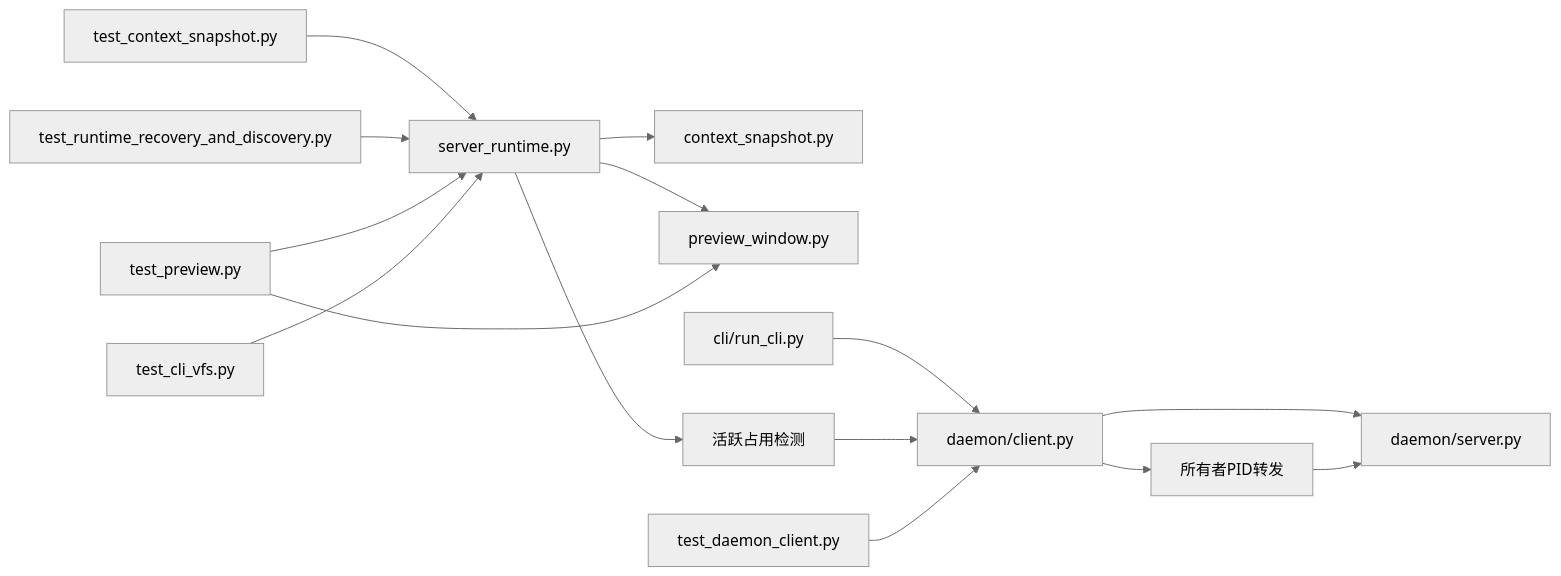
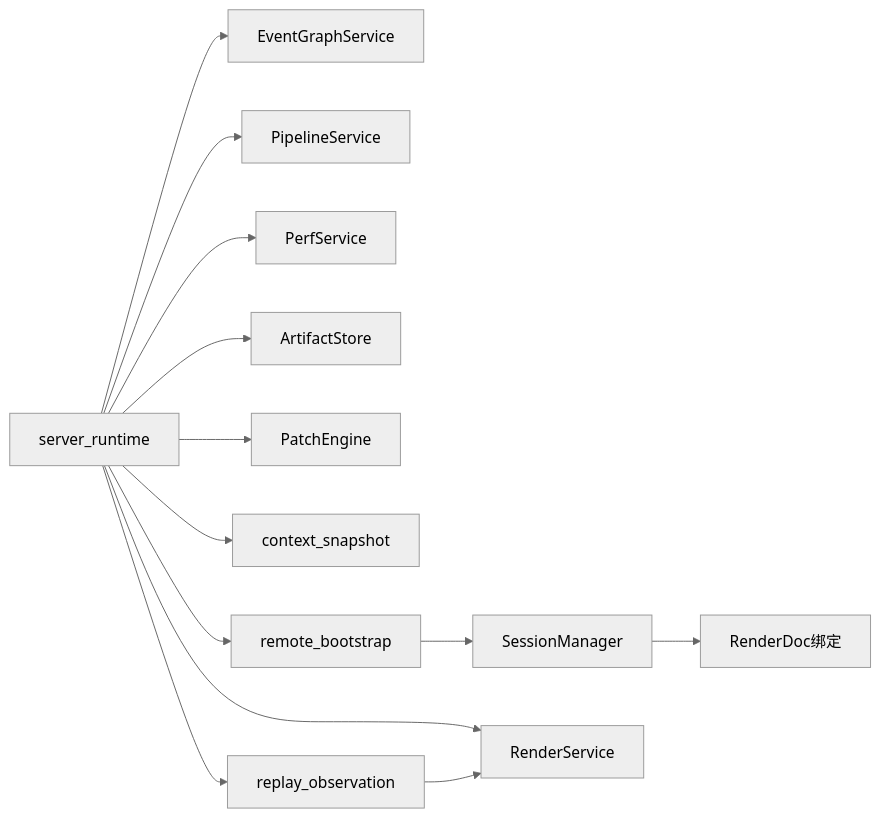
The ninth of 9 diagrams in .qoder/repowiki/zh/content/核心概念/会话模型.md (haolange/RDC-Tool), drawn with Mermaid (neutral theme) before and after one commit. The commit also changed other lines of this file and 234 other files, not shown here.

````diff
--- a/.qoder/repowiki/zh/content/核心概念/会话模型.md
+++ b/.qoder/repowiki/zh/content/核心概念/会话模型.md
@@ -436,17 +335,15 @@
 ```mermaid
 graph LR
-SR["server_runtime.py"] --> CS["context_snapshot.py"]
-SR --> PW["preview_window.py"]
-DC["daemon/client.py"] --> DS["daemon/server.py"]
-CLI["cli/run_cli.py"] --> DC
-SR --> OCC["活跃占用检测"]
-OCC --> DC
-DC --> OWNER["所有者PID转发"]
-OWNER --> DS
-TCS["test_context_snapshot.py"] --> SR
-TRR["test_runtime_recovery_and_discovery.py"] --> SR
-TP["test_preview.py"] --> SR
-TP --> PW
-TCV["test_cli_vfs.py"] --> SR
-TDC["test_daemon_client.py"] --> DC
+SM["SessionManager"] --> RD["RenderDoc绑定"]
+SR["server_runtime"] --> ES["EventGraphService"]
+SR --> RS["RenderService"]
+SR --> PS["PipelineService"]
+SR --> PF["PerfService"]
+SR --> AS["ArtifactStore"]
+SR --> PE["PatchEngine"]
+SR --> CS["context_snapshot"]
+SR --> RO["replay_observation"]
+SR --> RB["remote_bootstrap"]
+RO --> RS
+RB --> SM
 ```
````
